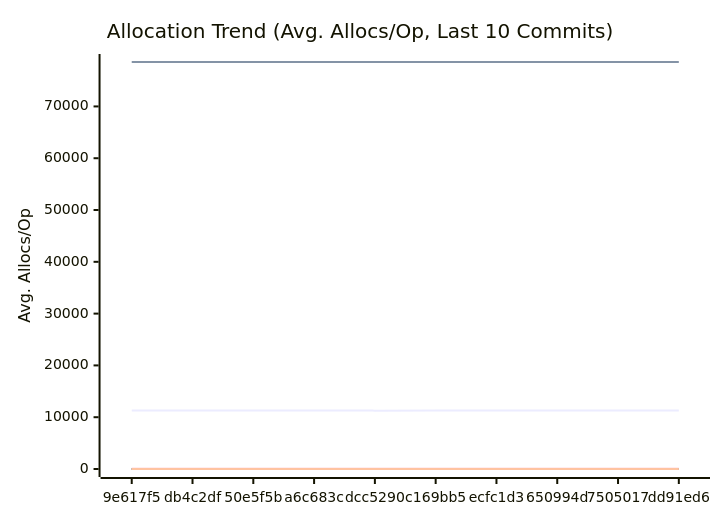
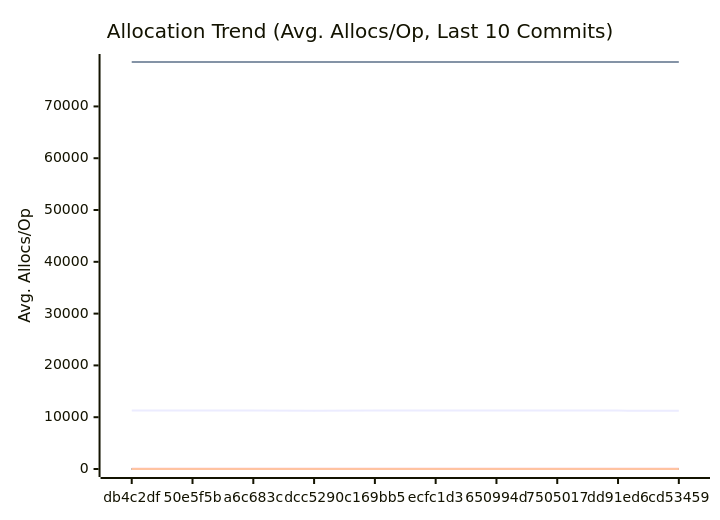
One commit to alsotoes/momo changed the third of 3 diagrams in docs/PERFORMANCE.md. Above: the diagram before and after it, drawn with Mermaid. The commit also changed other lines of this file and 2 other files, not shown here.

````diff
--- a/docs/PERFORMANCE.md
+++ b/docs/PERFORMANCE.md
@@ -197,20 +197,20 @@
 ```mermaid
 xychart-beta
     title "Allocation Trend (Avg. Allocs/Op, Last 10 Commits)"
     x-axis "Commit"
     y-axis "Avg. Allocs/Op"
-    x-axis [9e617f5,db4c2df,50e5f5b,a6c683c,dcc5290,c169bb5,ecfc1d3,650994d,7505017,dd91ed6]
-    line "AWSChunkedReaderSigned" [11275,11292,11274,11284,11270,11276,11273,11274,11278,11271]
-    line "AWSChunkedReaderUnsigned" [78558,78578,78566,78561,78559,78564,78563,78571,78563,78564]
+    x-axis [db4c2df,50e5f5b,a6c683c,dcc5290,c169bb5,ecfc1d3,650994d,7505017,dd91ed6,cd53459]
+    line "AWSChunkedReaderSigned" [11292,11274,11284,11270,11276,11273,11274,11278,11271,11265]
+    line "AWSChunkedReaderUnsigned" [78578,78566,78561,78559,78564,78563,78571,78563,78564,78564]
     line "CheckMetricsAndSwap" [0,0,0,0,0,0,0,0,0,0]
     line "CrushOptimized" [0,0,0,0,0,0,0,0,0,0]
     line "CrushOriginal" [3,3,3,3,3,3,3,3,3,3]
     line "IndexDirectTracking" [0,0,0,0,0,0,0,0,0,0]
     line "IndexSearch" [0,0,0,0,0,0,0,0,0,0]
     line "LoadGlobalConfig" [54,54,54,54,54,54,54,54,54,54]
     line "PadString" [1,1,1,1,1,1,1,1,1,1]
     line "ParseReplicationOrder_NoPrealloc" [6,6,6,6,6,5,5,5,5,5]
     line "ParseReplicationOrder_Prealloc" [2,2,2,2,2,1,1,1,1,1]
     line "SanitizeLog/Safe" [0,0,0,0,0,0,0,0,0,0]
     line "SanitizeLog/Unsafe" [1,1,1,1,1,1,1,1,1,1]
 ```
````
